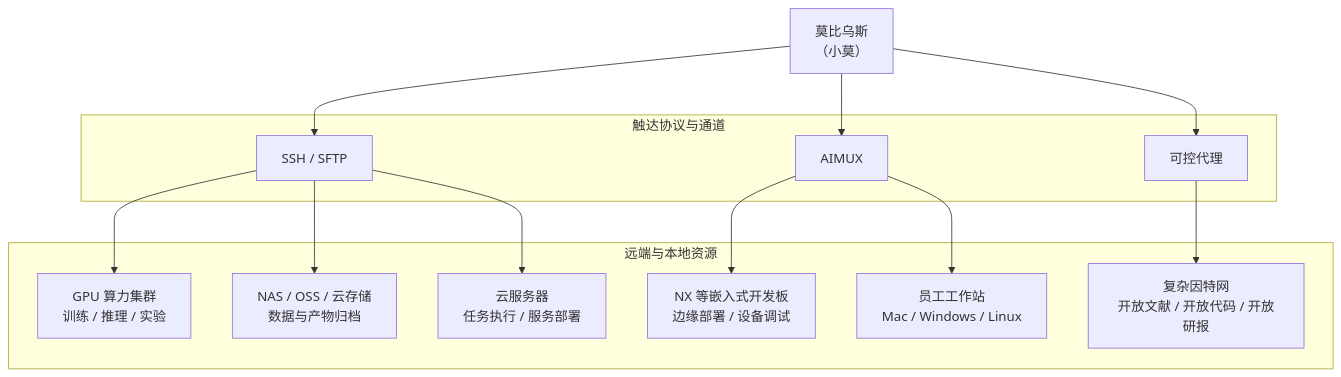
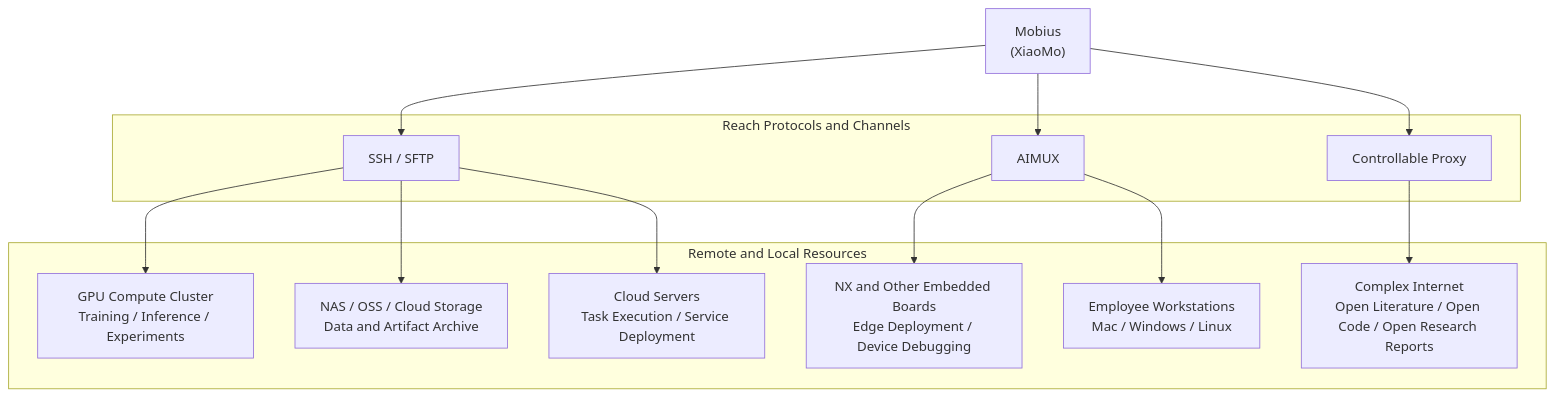
One commit to nutshellai-tech/mobius changed the diagram in README.md. Above: the diagram before and after it, drawn with Mermaid. The commit also changed other lines of this file and 3 other files, not shown here.

````diff
--- a/README.md
+++ b/README.md
@@ -120,31 +117,31 @@
 ```mermaid
 flowchart TD
-  M["莫比乌斯<br/>（小莫）"]
+  M["Mobius<br/>(XiaoMo)"]
 
-  subgraph P["触达协议与通道"]
+  subgraph P["Reach Protocols and Channels"]
     SSH["SSH / SFTP"]
     AIMUX["AIMUX"]
-    PROXY["可控代理"]
+    PROXY["Controllable Proxy"]
   end
 
-  subgraph R["远端与本地资源"]
-    GPU["GPU 算力集群<br/>训练 / 推理 / 实验"]
-    NX["NX 等嵌入式开发板<br/>边缘部署 / 设备调试"]
-    NAS["NAS / OSS / 云存储<br/>数据与产物归档"]
-    CLOUD["云服务器<br/>任务执行 / 服务部署"]
-    PC["员工工作站<br/>Mac / Windows / Linux"]
-    NET["复杂因特网<br/>开放文献 / 开放代码 / 开放研报"]
+  subgraph R["Remote and Local Resources"]
+    GPU["GPU Compute Cluster<br/>Training / Inference / Experiments"]
+    NX["NX and Other Embedded Boards<br/>Edge Deployment / Device Debugging"]
+    NAS["NAS / OSS / Cloud Storage<br/>Data and Artifact Archive"]
+    CLOUD["Cloud Servers<br/>Task Execution / Service Deployment"]
+    PC["Employee Workstations<br/>Mac / Windows / Linux"]
+    NET["Complex Internet<br/>Open Literature / Open Code / Open Research Reports"]
   end
 
   M --> SSH
   M --> AIMUX
   M --> PROXY
 
   SSH --> GPU
   SSH --> NAS
   SSH --> CLOUD
   AIMUX --> NX
   AIMUX --> PC
   PROXY --> NET
 
 ```
````
